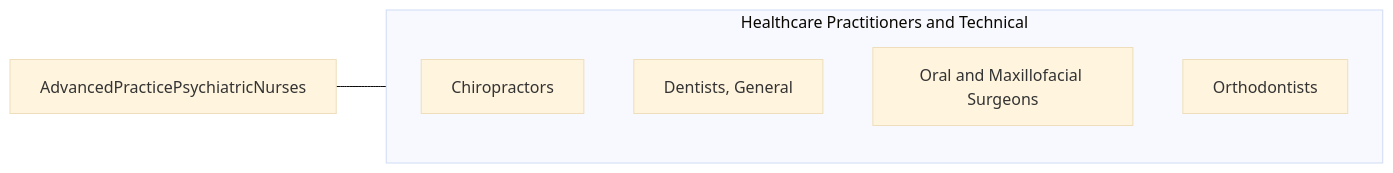
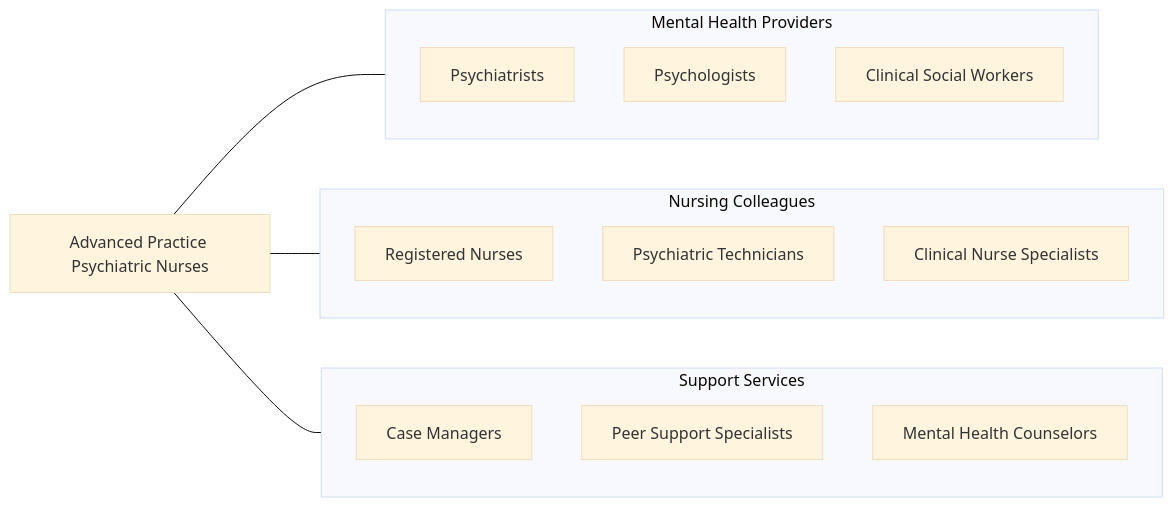
The fourth of 4 diagrams in occupations/HealthcarePractitioners/AdvancedPracticePsychiatricNurses.mdx (kziemski/business.org.ai), drawn with Mermaid (base theme) before and after one commit. The commit also changed other lines of this file and 938 other files, not shown here.

````diff
--- a/occupations/HealthcarePractitioners/AdvancedPracticePsychiatricNurses.mdx
+++ b/occupations/HealthcarePractitioners/AdvancedPracticePsychiatricNurses.mdx
@@ -115,13 +226,26 @@
 ```mermaid
 graph LR
-    Current["AdvancedPracticePsychiatricNurses"]
+    Current["Advanced Practice Psychiatric Nurses"]
 
-    subgraph SameCategory["Healthcare Practitioners and Technical"]
-        Chiropractors["Chiropractors"]
-        DentistsGeneral["Dentists, General"]
-        OralAndMaxillofacial["Oral and Maxillofacial Surgeons"]
-        Orthodontists["Orthodontists"]
+    subgraph MentalHealth["Mental Health Providers"]
+        Psychiatrists["Psychiatrists"]
+        Psychologists["Psychologists"]
+        LCSW["Clinical Social Workers"]
     end
 
-    Current --- SameCategory
+    subgraph NursingColleagues["Nursing Colleagues"]
+        RN["Registered Nurses"]
+        PsychTech["Psychiatric Technicians"]
+        CNS["Clinical Nurse Specialists"]
+    end
+
+    subgraph Support["Support Services"]
+        CaseManagers["Case Managers"]
+        PeerSupport["Peer Support Specialists"]
+        Counselors["Mental Health Counselors"]
+    end
+
+    Current --- MentalHealth
+    Current --- NursingColleagues
+    Current --- Support
 ```
````
